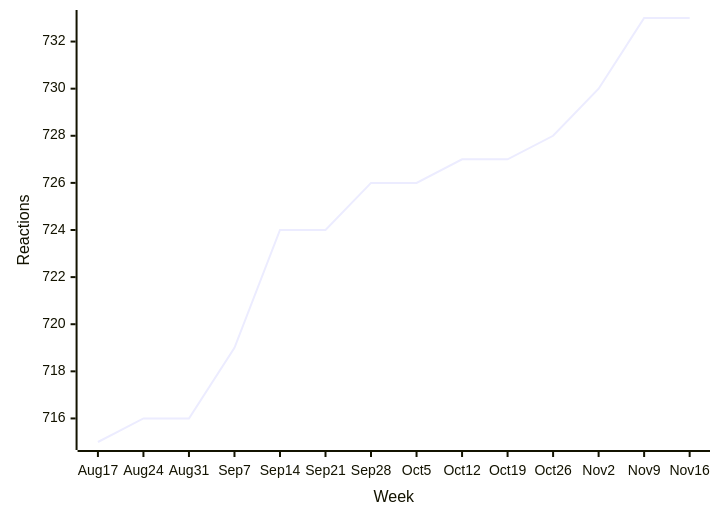
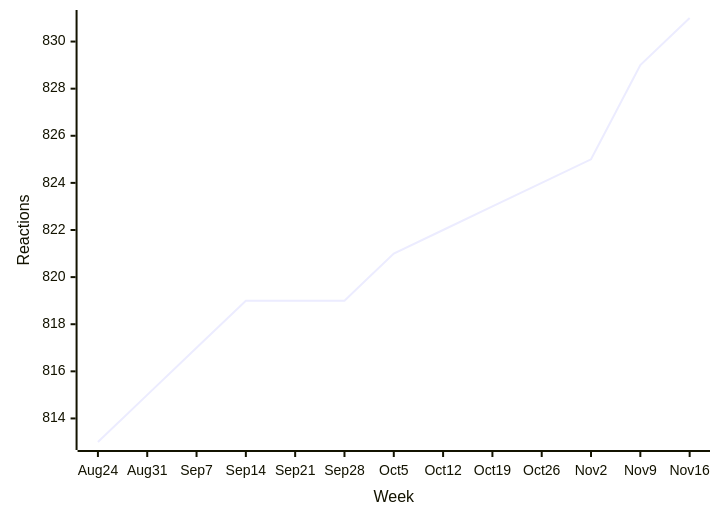
The fifth of 31 diagrams in README.md (loic-sharma/github-insights), drawn with Mermaid before and after one commit. The commit also changed other lines of this file and 3 other files, not shown here.

````diff
--- a/README.md
+++ b/README.md
@@ -392,6 +392,6 @@
   ```mermaid
   xychart-beta
-    x-axis "Week" [Aug 17, Aug 24, Aug 31, Sep 7, Sep 14, Sep 21, Sep 28, Oct 5, Oct 12, Oct 19, Oct 26, Nov 2, Nov 9, Nov 16]
+    x-axis "Week" [Aug 24, Aug 31, Sep 7, Sep 14, Sep 21, Sep 28, Oct 5, Oct 12, Oct 19, Oct 26, Nov 2, Nov 9, Nov 16]
     y-axis "Reactions"
-    line [715, 716, 716, 719, 724, 724, 726, 726, 727, 727, 728, 730, 733, 733]
+    line [813, 815, 817, 819, 819, 819, 821, 822, 823, 824, 825, 829, 831]
   ```
````
